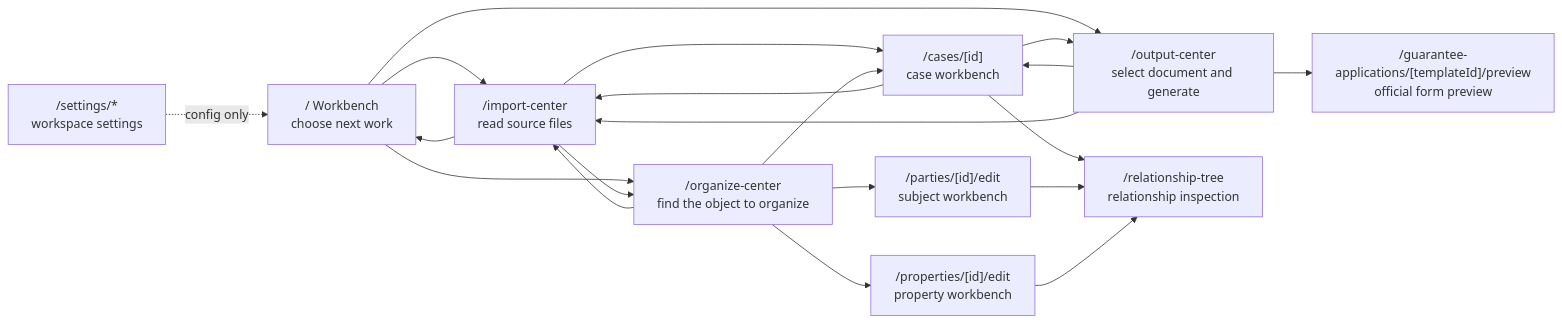
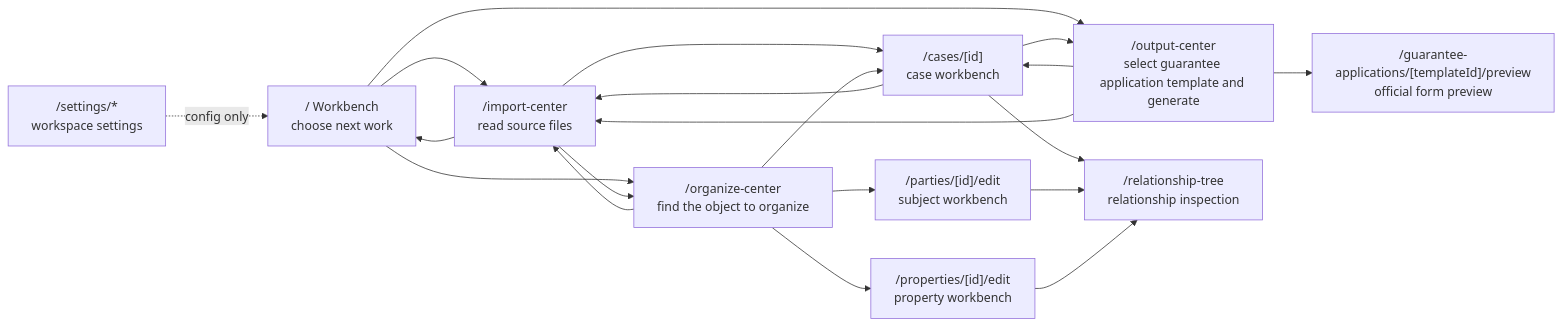
The first of 6 diagrams in docs/product/PRODUCT_TOPOLOGY.md (TinyTiger125/broker-desk), drawn with Mermaid before and after one commit. The commit also changed other lines of this file and 10 other files, not shown here.

````diff
--- a/docs/product/PRODUCT_TOPOLOGY.md
+++ b/docs/product/PRODUCT_TOPOLOGY.md
@@ -172,39 +182,39 @@
 ```mermaid
 flowchart LR
   Home["/ Workbench<br/>choose next work"]
   Import["/import-center<br/>read source files"]
   Organize["/organize-center<br/>find the object to organize"]
   CaseWB["/cases/[id]<br/>case workbench"]
   PartyWB["/parties/[id]/edit<br/>subject workbench"]
   PropertyWB["/properties/[id]/edit<br/>property workbench"]
-  Output["/output-center<br/>select document and generate"]
+  Output["/output-center<br/>select guarantee application template and generate"]
   Preview["/guarantee-applications/[templateId]/preview<br/>official form preview"]
   Relation["/relationship-tree<br/>relationship inspection"]
   Settings["/settings/*<br/>workspace settings"]
 
   Home --> Import
   Home --> Organize
   Home --> Output
 
   Import --> Organize
   Import --> CaseWB
   Import --> Home
 
   Organize --> CaseWB
   Organize --> PartyWB
   Organize --> PropertyWB
   Organize --> Import
 
   CaseWB --> Output
   CaseWB --> Import
   CaseWB --> Relation
 
   PartyWB --> Relation
   PropertyWB --> Relation
 
   Output --> CaseWB
   Output --> Import
   Output --> Preview
 
   Settings -. config only .-> Home
 ```
````
